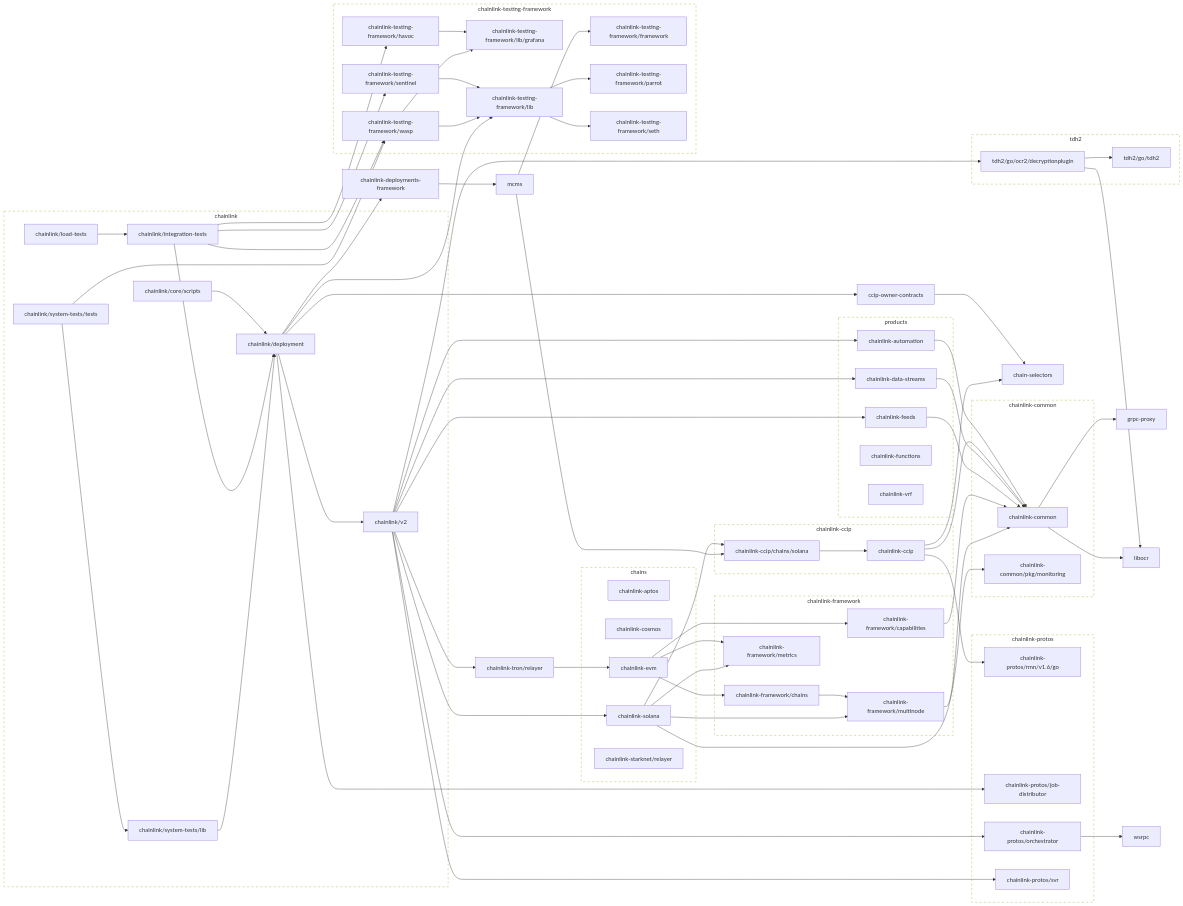
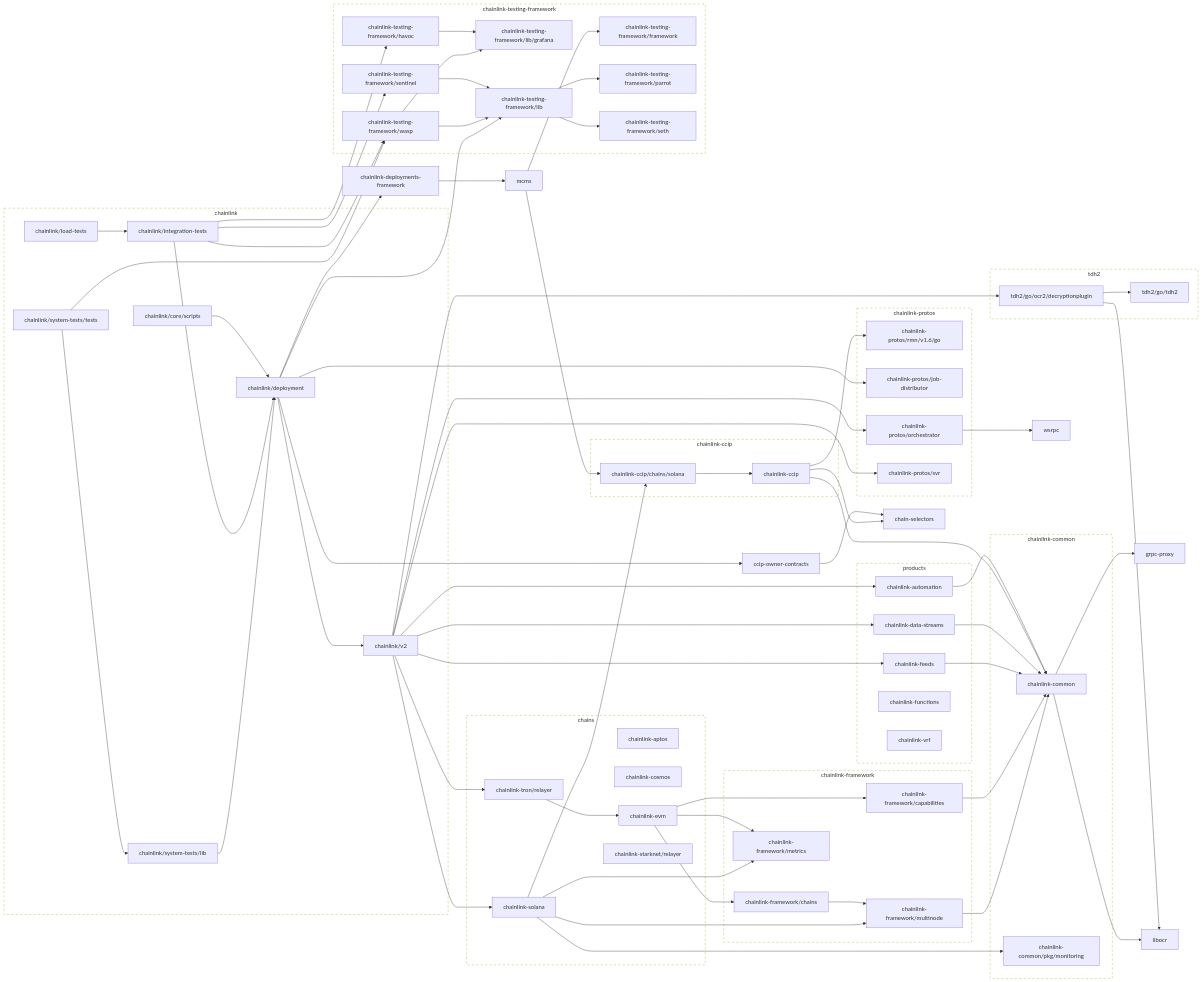
One commit to JohnDaWalka/chainlink changed the second of 2 diagrams in go.md. Above: the diagram before and after it, drawn with Mermaid. The commit also changed other lines of this file and 1 other file, not shown here.

Commit message:
tools/bin/modgraph: add tron to chains (#17426)

```diff
--- a/go.md
+++ b/go.md
@@ -131,6 +132,7 @@
     chainlink-evm
     chainlink-solana
     chainlink-starknet/relayer
+    chainlink-tron/relayer
   end
 
   subgraph products
```
